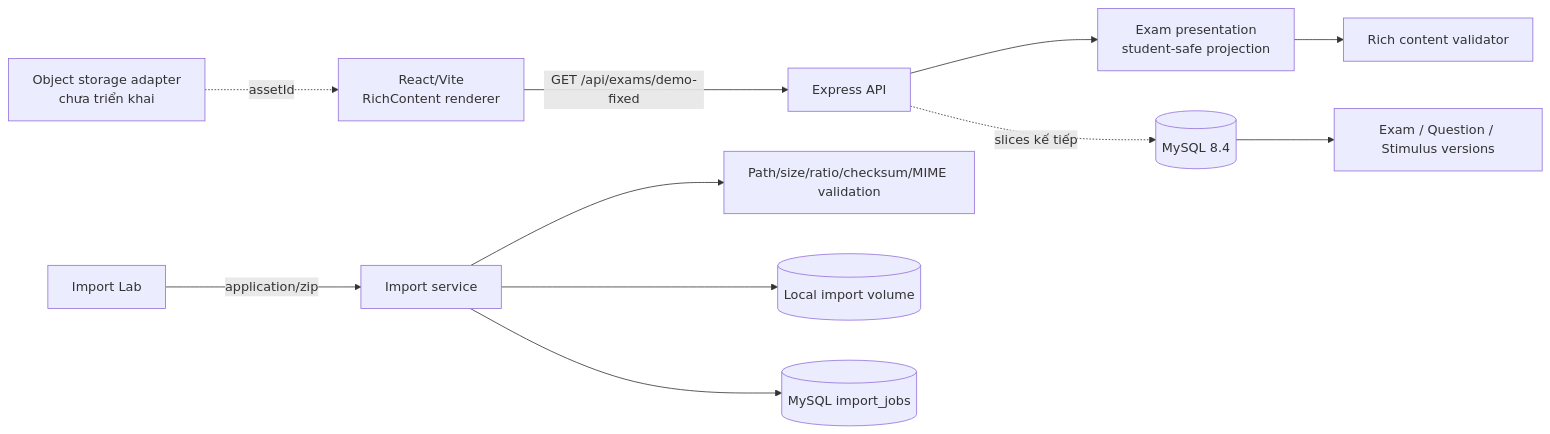
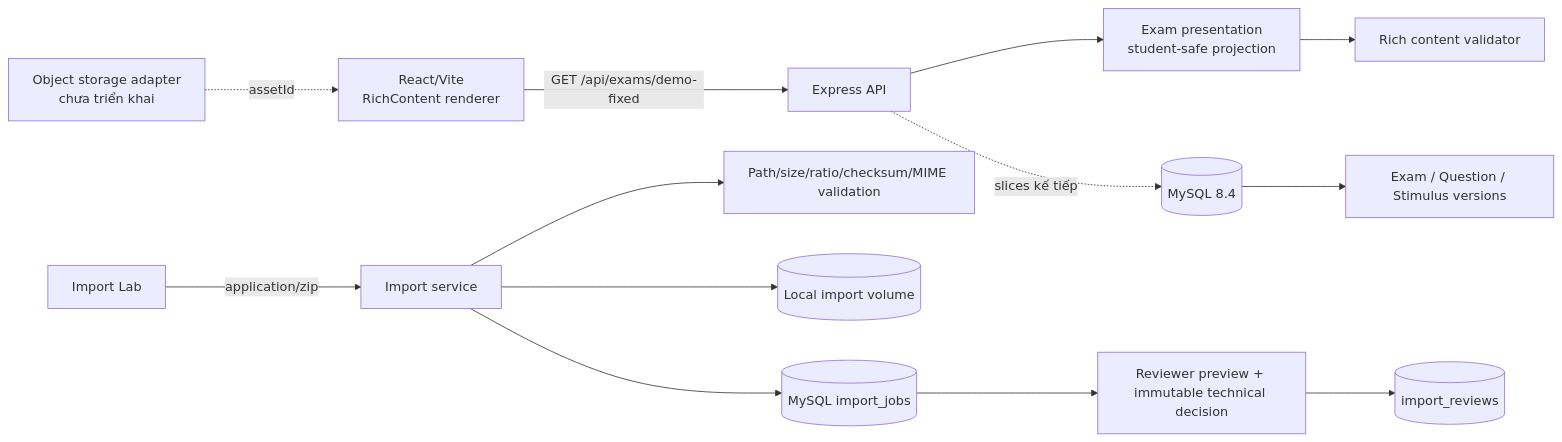
Before and after one commit to Datkoishi/martinlearningsystems: the diagram in docs/ARCHITECTURE.md, drawn with Mermaid. The commit also changed other lines of this file and 27 other files, not shown here.

Commit message:
feat(review): add immutable technical review gate

````diff
--- a/docs/ARCHITECTURE.md
+++ b/docs/ARCHITECTURE.md
@@ -5,13 +5,15 @@
 ```mermaid
 flowchart LR
   UI[React/Vite\nRichContent renderer] -->|GET /api/exams/demo-fixed| API[Express API]
   API --> Present[Exam presentation\nstudent-safe projection]
   Present --> Validate[Rich content validator]
   API -. slices kế tiếp .-> DB[(MySQL 8.4)]
   DB --> Versions[Exam / Question / Stimulus versions]
   Assets[Object storage adapter\nchưa triển khai] -. assetId .-> UI
   Lab[Import Lab] -->|application/zip| Import[Import service]
   Import --> SafeZip[Path/size/ratio/checksum/MIME validation]
   Import --> Store[(Local import volume)]
   Import --> Jobs[(MySQL import_jobs)]
+  Jobs --> Review[Reviewer preview + immutable technical decision]
+  Review --> ReviewAudit[(import_reviews)]
 ```
````
